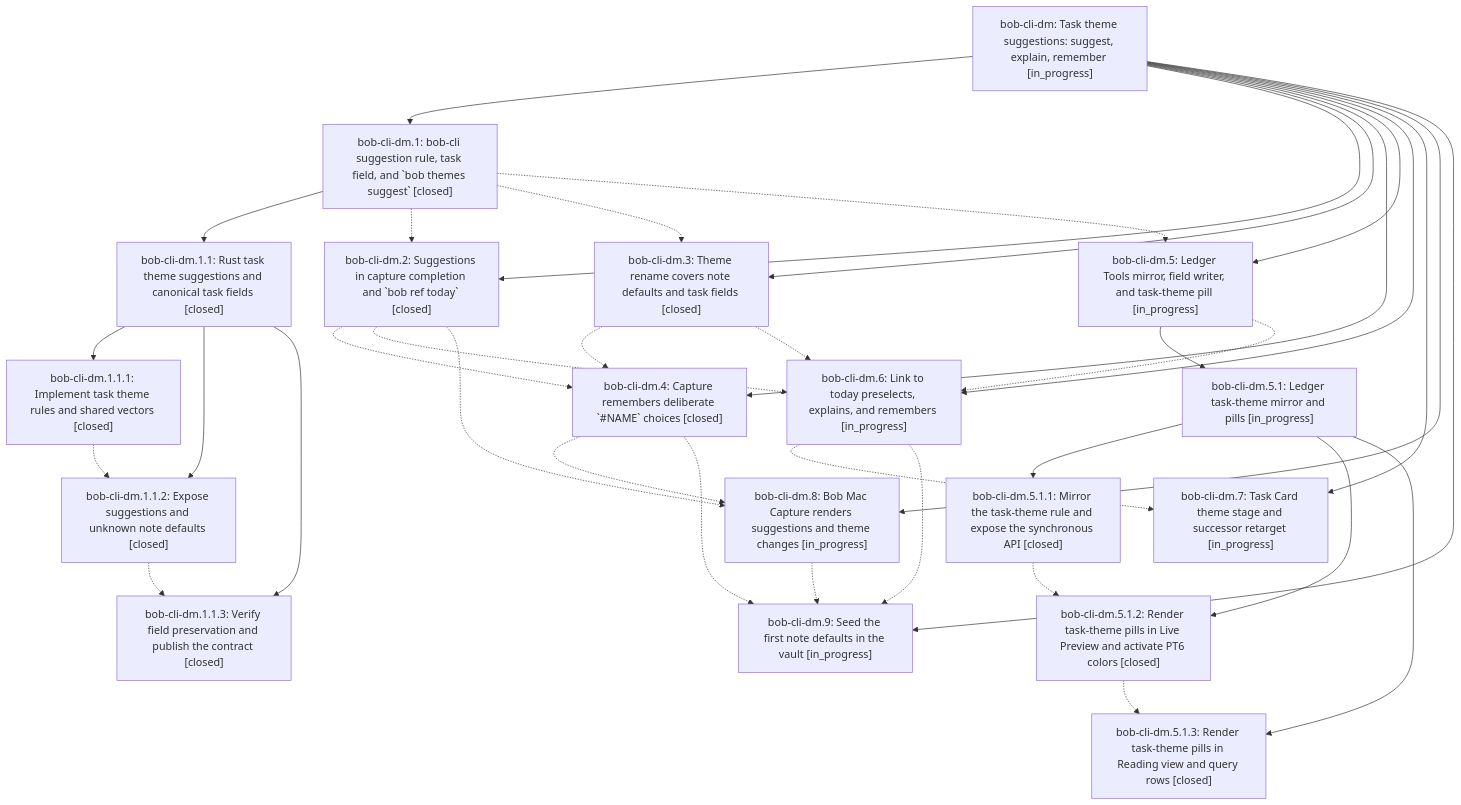
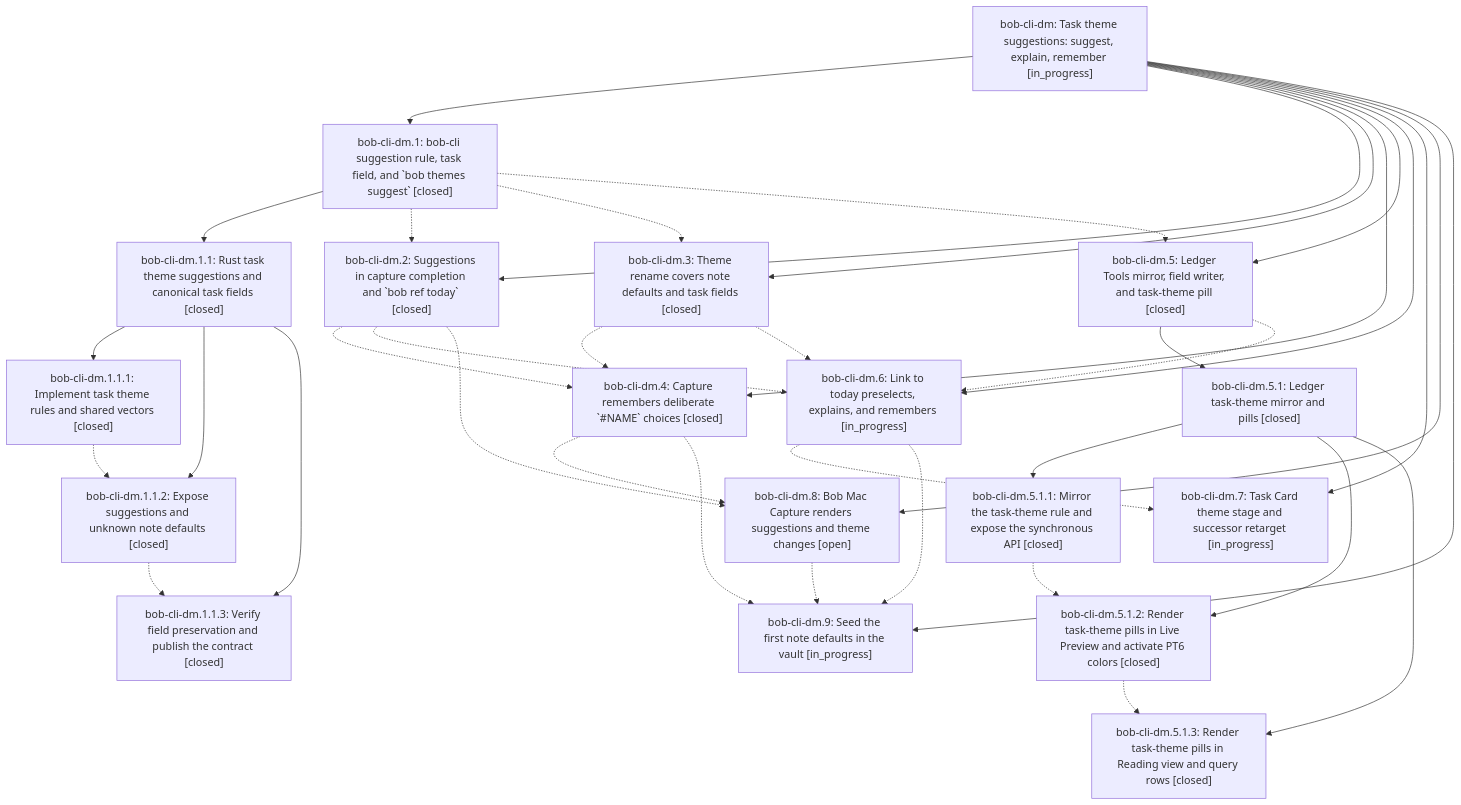
Before and after one commit to bobs-org/bob-cli--beads: the diagram in pages/bob-cli-dm/README.md, drawn with Mermaid. The commit also changed other lines of this file and 11 other files, not shown here.

First line of the commit message:
chore(beads): sync bead state and pages for bob-cli-dm

````diff
--- a/pages/bob-cli-dm/README.md
+++ b/pages/bob-cli-dm/README.md
@@ -44,56 +44,56 @@
 ```mermaid
 flowchart TD
     n0["bob-cli-dm: Task theme suggestions: suggest, explain, remember [in_progress]"]
     n1["bob-cli-dm.1: bob-cli suggestion rule, task field, and `bob themes suggest` [closed]"]
     n2["bob-cli-dm.1.1: Rust task theme suggestions and canonical task fields [closed]"]
     n3["bob-cli-dm.1.1.1: Implement task theme rules and shared vectors [closed]"]
     n4["bob-cli-dm.1.1.2: Expose suggestions and unknown note defaults [closed]"]
     n5["bob-cli-dm.1.1.3: Verify field preservation and publish the contract [closed]"]
     n6["bob-cli-dm.2: Suggestions in capture completion and `bob ref today` [closed]"]
     n7["bob-cli-dm.3: Theme rename covers note defaults and task fields [closed]"]
     n8["bob-cli-dm.4: Capture remembers deliberate `#NAME` choices [closed]"]
-    n9["bob-cli-dm.5: Ledger Tools mirror, field writer, and task-theme pill [in_progress]"]
-    n10["bob-cli-dm.5.1: Ledger task-theme mirror and pills [in_progress]"]
+    n9["bob-cli-dm.5: Ledger Tools mirror, field writer, and task-theme pill [closed]"]
+    n10["bob-cli-dm.5.1: Ledger task-theme mirror and pills [closed]"]
     n11["bob-cli-dm.5.1.1: Mirror the task-theme rule and expose the synchronous API [closed]"]
     n12["bob-cli-dm.5.1.2: Render task-theme pills in Live Preview and activate PT6 colors [closed]"]
     n13["bob-cli-dm.5.1.3: Render task-theme pills in Reading view and query rows [closed]"]
     n14["bob-cli-dm.6: Link to today preselects, explains, and remembers [in_progress]"]
     n15["bob-cli-dm.7: Task Card theme stage and successor retarget [in_progress]"]
-    n16["bob-cli-dm.8: Bob Mac Capture renders suggestions and theme changes [in_progress]"]
+    n16["bob-cli-dm.8: Bob Mac Capture renders suggestions and theme changes [open]"]
     n17["bob-cli-dm.9: Seed the first note defaults in the vault [in_progress]"]
     n0 --> n1
     n1 --> n2
     n2 --> n3
     n2 --> n4
     n2 --> n5
     n0 --> n6
     n0 --> n7
     n0 --> n8
     n0 --> n9
     n9 --> n10
     n10 --> n11
     n10 --> n12
     n10 --> n13
     n0 --> n14
     n0 --> n15
     n0 --> n16
     n0 --> n17
     n1 -.-> n6
     n1 -.-> n7
     n1 -.-> n9
     n3 -.-> n4
     n4 -.-> n5
     n6 -.-> n8
     n6 -.-> n14
     n6 -.-> n16
     n7 -.-> n8
     n7 -.-> n14
     n8 -.-> n16
     n8 -.-> n17
     n9 -.-> n14
     n11 -.-> n12
     n12 -.-> n13
     n14 -.-> n15
     n14 -.-> n17
     n16 -.-> n17
 ```
````
